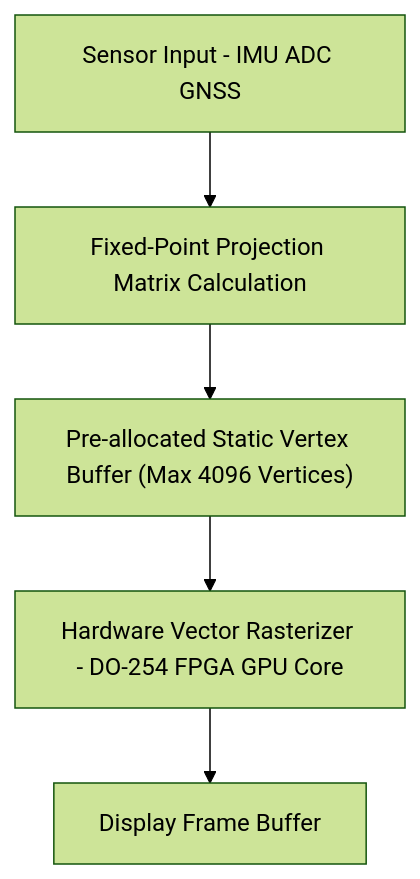
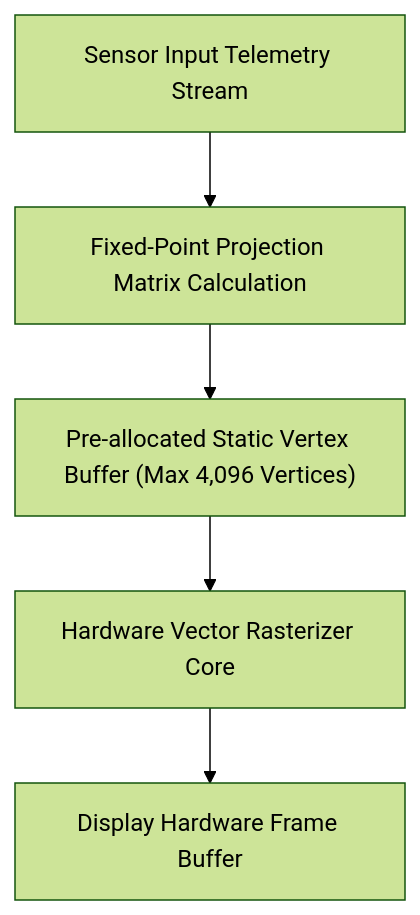
One commit to gintatkinson/DEAP01-spec-core changed the sixth of 6 diagrams in docs/architecture/blueprints/SAFETY_CRITICAL_REALTIME_UI_FRAMEWORK.md. Above: the diagram before and after it, drawn with Mermaid (forest theme). The commit also changed other lines of this file and 34 other files, not shown here.

Commit message:
docs(architecture): decontaminate reference blueprints and establish master execution plan (refs #405, refs #406)

````diff
--- a/docs/architecture/blueprints/SAFETY_CRITICAL_REALTIME_UI_FRAMEWORK.md
+++ b/docs/architecture/blueprints/SAFETY_CRITICAL_REALTIME_UI_FRAMEWORK.md
@@ -203,7 +262,7 @@
 ```mermaid
 flowchart TD
-    Sensors["Sensor Input - IMU ADC GNSS"] --> MatrixCalc["Fixed-Point Projection Matrix Calculation"]
-    MatrixCalc --> VBuffer["Pre-allocated Static Vertex Buffer (Max 4096 Vertices)"]
-    VBuffer --> Rasterizer["Hardware Vector Rasterizer - DO-254 FPGA GPU Core"]
-    Rasterizer --> FrameBuffer["Display Frame Buffer"]
+    Sensors["Sensor Input Telemetry Stream"] --> MatrixCalc["Fixed-Point Projection Matrix Calculation"]
+    MatrixCalc --> VBuffer["Pre-allocated Static Vertex Buffer (Max 4,096 Vertices)"]
+    VBuffer --> Rasterizer["Hardware Vector Rasterizer Core"]
+    Rasterizer --> FrameBuffer["Display Hardware Frame Buffer"]
 ```
````
